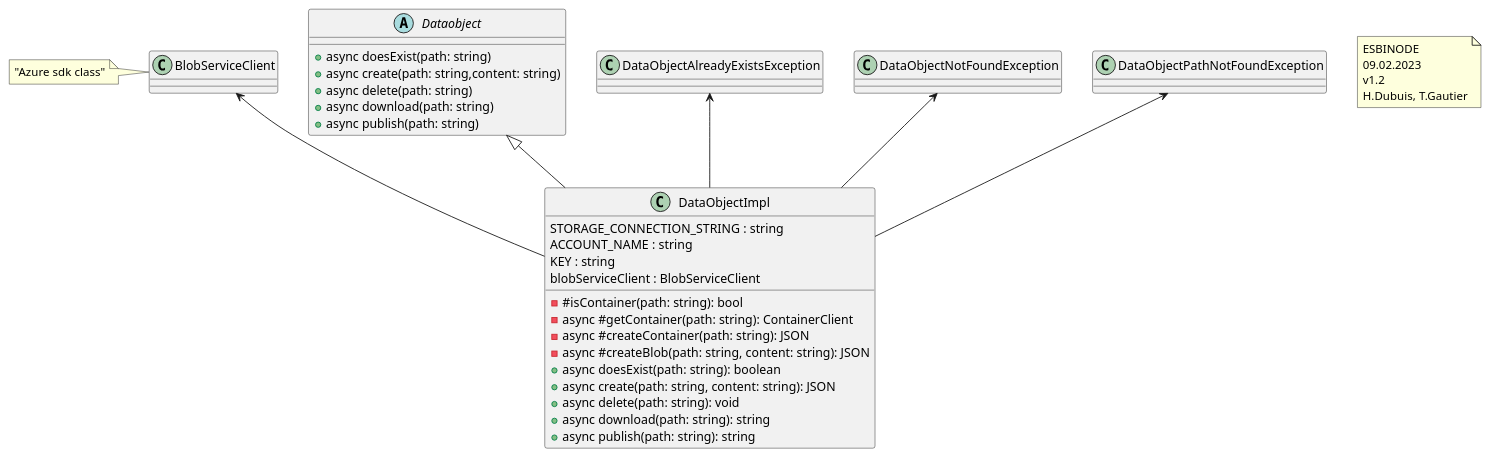
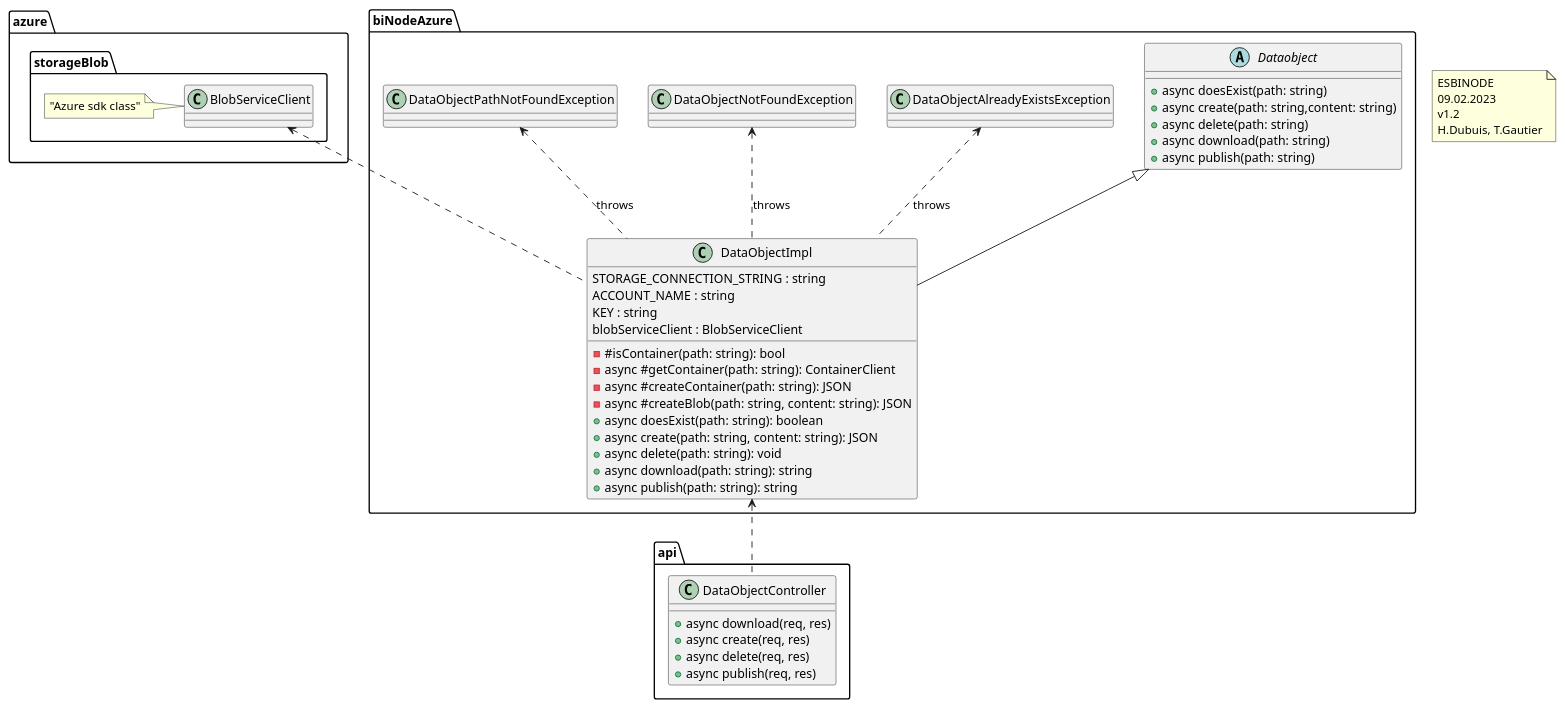
Before and after one commit to CPNV-ES-BI/BI_NODE_AZURE: the diagram in doc/interface.pu, drawn with PlantUML. The commit also changed 2 other files, not shown here.

```diff
--- a/doc/interface.pu
+++ b/doc/interface.pu
@@ -1,52 +1,71 @@
 @startuml BI-Azure-node
 
 note as n1 
   ESBINODE
   09.02.2023
   v1.2
   H.Dubuis, T.Gautier
 end note
 
-class BlobServiceClient{}
-note left: "Azure sdk class"
-
-class DataObjectImpl{
-  STORAGE_CONNECTION_STRING : string
-  ACCOUNT_NAME : string
-  KEY : string
-  blobServiceClient : BlobServiceClient
-  - #isContainer(path: string): bool
-  - async #getContainer(path: string): ContainerClient
-  - async #createContainer(path: string): JSON
-  - async #createBlob(path: string, content: string): JSON
-  + async doesExist(path: string): boolean
-  + async create(path: string, content: string): JSON
-  + async delete(path: string): void
-  + async download(path: string): string
-  + async publish(path: string): string
+namespace azure.storageBlob {
+  class BlobServiceClient{}
+  note left: "Azure sdk class"
 }
 
-abstract Dataobject{
-  + async doesExist(path: string)
-  + async create(path: string,content: string)
-  + async delete(path: string)
-  + async download(path: string)
-  + async publish(path: string)
+namespace biNodeAzure {
+
+  class DataObjectImpl{
+    STORAGE_CONNECTION_STRING : string
+    ACCOUNT_NAME : string
+    KEY : string
+    blobServiceClient : BlobServiceClient
+    - #isContainer(path: string): bool
+    - async #getContainer(path: string): ContainerClient
+    - async #createContainer(path: string): JSON
+    - async #createBlob(path: string, content: string): JSON
+    + async doesExist(path: string): boolean
+    + async create(path: string, content: string): JSON
+    + async delete(path: string): void
+    + async download(path: string): string
+    + async publish(path: string): string
+  }
+
+  abstract Dataobject{
+    + async doesExist(path: string)
+    + async create(path: string,content: string)
+    + async delete(path: string)
+    + async download(path: string)
+    + async publish(path: string)
+  }
+
+  
+  class DataObjectAlreadyExistsException
+  class DataObjectNotFoundException
+  class DataObjectPathNotFoundException
+
+  DataObjectAlreadyExistsException <.. DataObjectImpl :throws
+  DataObjectNotFoundException <.. DataObjectImpl :throws
+  DataObjectPathNotFoundException <.. DataObjectImpl :throws
+  Dataobject <|-- DataObjectImpl
 }
 
 
-BlobServiceClient <-- DataObjectImpl
-Dataobject <|-- DataObjectImpl
+namespace api {
+  class DataObjectController {
 
-DataObjectAlreadyExistsException <-- DataObjectImpl
-DataObjectNotFoundException <-- DataObjectImpl
-DataObjectPathNotFoundException <-- DataObjectImpl
+    + async download(req, res)
+    + async create(req, res) 
+    + async delete(req, res)
+    + async publish(req, res)
+
+  }
+}
+
+azure.storageBlob.BlobServiceClient <.. biNodeAzure.DataObjectImpl
+biNodeAzure.DataObjectImpl <.. api.DataObjectController
 
 
 
-class DataObjectAlreadyExistsException
-class DataObjectNotFoundException
-class DataObjectPathNotFoundException
 
 
 @enduml
```
